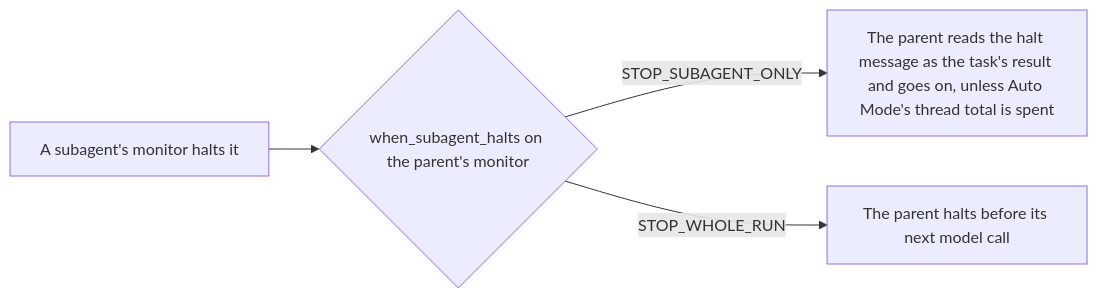
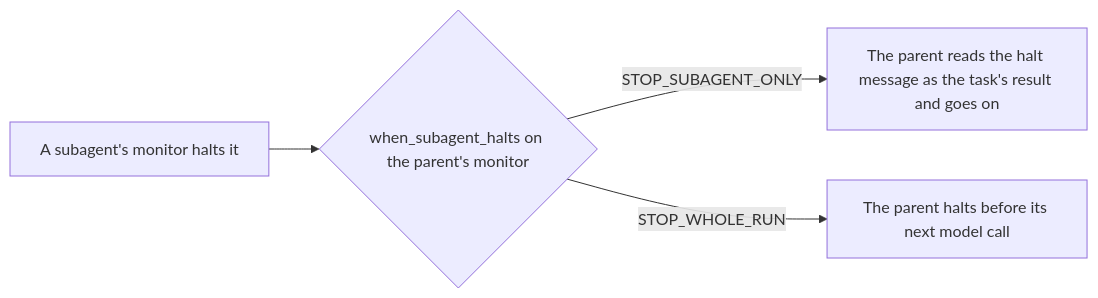
Before and after one commit to omamori-lab/langchain-sync-monitors: the second of 2 diagrams in docs/how-to/monitor-deep-agents-subagents.md, drawn with Mermaid. The commit also changed other lines of this file, not shown here.

````diff
--- a/docs/how-to/monitor-deep-agents-subagents.md
+++ b/docs/how-to/monitor-deep-agents-subagents.md
@@ -204,6 +218,6 @@
 ```mermaid
 flowchart LR
     halt["A subagent's monitor halts it"] --> choice{"when_subagent_halts on the parent's monitor"}
-    choice -- "STOP_SUBAGENT_ONLY" --> report["The parent reads the halt message as the task's result and goes on, unless Auto Mode's thread total is spent"]
+    choice -- "STOP_SUBAGENT_ONLY" --> report["The parent reads the halt message as the task's result and goes on"]
     choice -- "STOP_WHOLE_RUN" --> stop["The parent halts before its next model call"]
 ```
````
